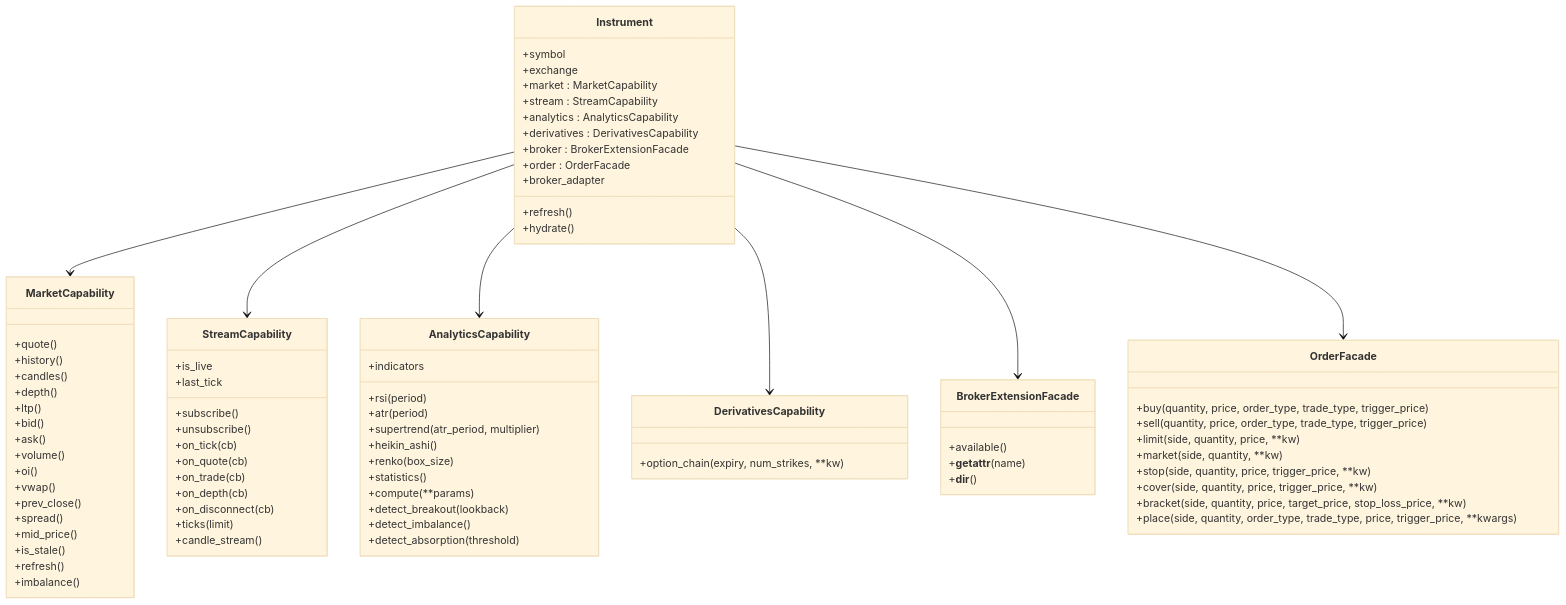
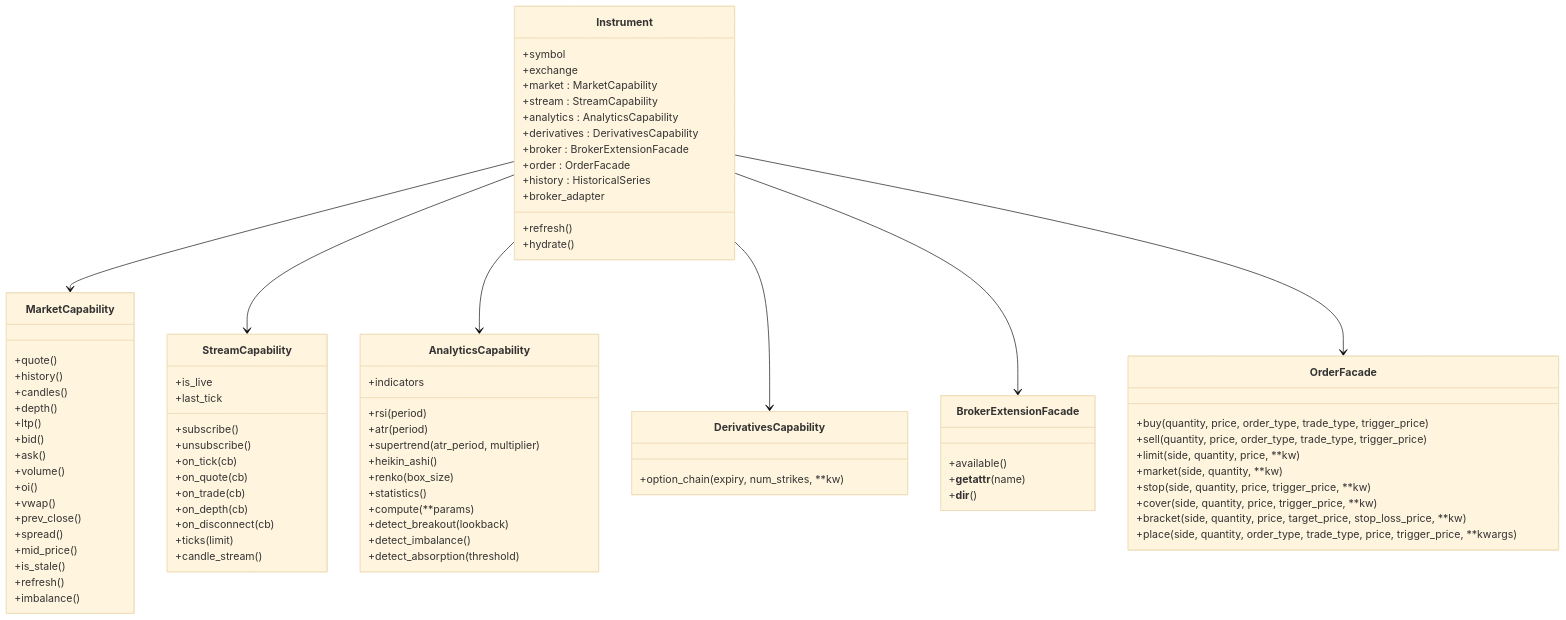
The second of 3 diagrams in .qoder/repowiki/en/content/Domain Model/Instruments/Instrument Capabilities.md (Ganesh-Kusundal/nTrade), drawn with Mermaid (base theme) before and after one commit. The commit also changed other lines of this file and 203 other files, not shown here.

```diff
--- a/.qoder/repowiki/en/content/Domain Model/Instruments/Instrument Capabilities.md
+++ b/.qoder/repowiki/en/content/Domain Model/Instruments/Instrument Capabilities.md
@@ -107,6 +119,7 @@
 +derivatives : DerivativesCapability
 +broker : BrokerExtensionFacade
 +order : OrderFacade
++history : HistoricalSeries
 +broker_adapter
 +refresh()
 +hydrate()
```
